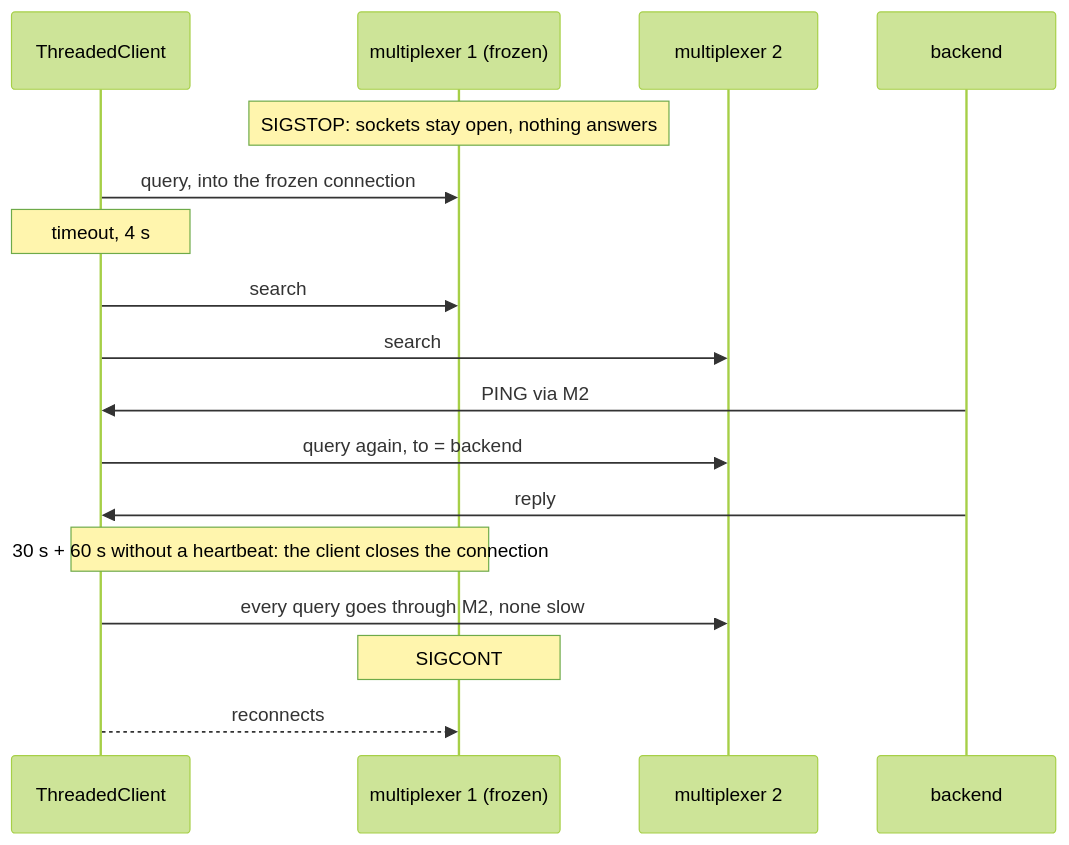
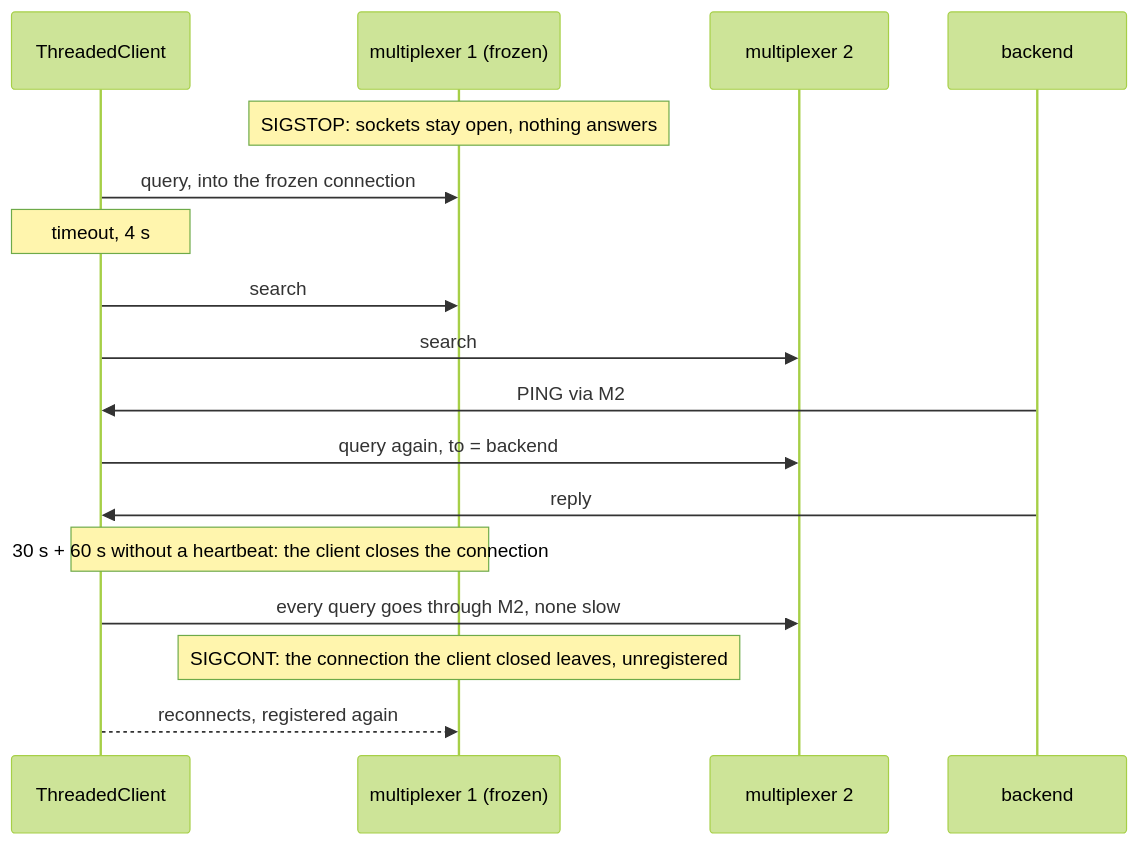
One commit to kulewski/multiplexer changed the diagram in tests/scenarios/mx_hangs/README.md. Above: the diagram before and after it, drawn with Mermaid (forest theme). The commit also changed other lines of this file and 90 other files, not shown here.

````diff
--- a/tests/scenarios/mx_hangs/README.md
+++ b/tests/scenarios/mx_hangs/README.md
@@ -15,19 +17,19 @@
 ```mermaid
 sequenceDiagram
     participant C as ThreadedClient
     participant M1 as multiplexer 1 (frozen)
     participant M2 as multiplexer 2
     participant B as backend
     Note over M1: SIGSTOP: sockets stay open, nothing answers
     C->>M1: query, into the frozen connection
     Note over C: timeout, 4 s
     C->>M1: search
     C->>M2: search
     B->>C: PING via M2
     C->>M2: query again, to = backend
     B->>C: reply
     Note over C,M1: 30 s + 60 s without a heartbeat: the client closes the connection
     C->>M2: every query goes through M2, none slow
-    Note over M1: SIGCONT
-    C-->>M1: reconnects
+    Note over M1: SIGCONT: the connection the client closed leaves, unregistered
+    C-->>M1: reconnects, registered again
 ```
````
